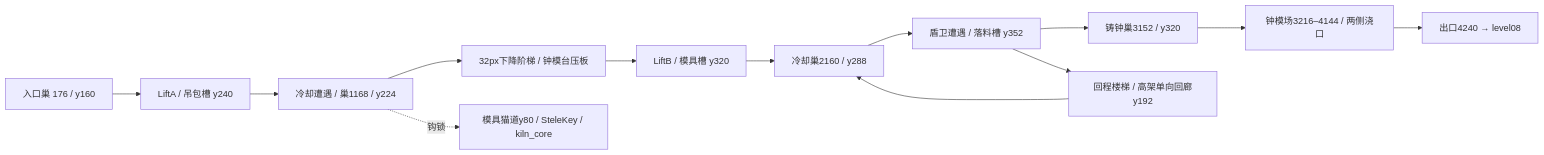
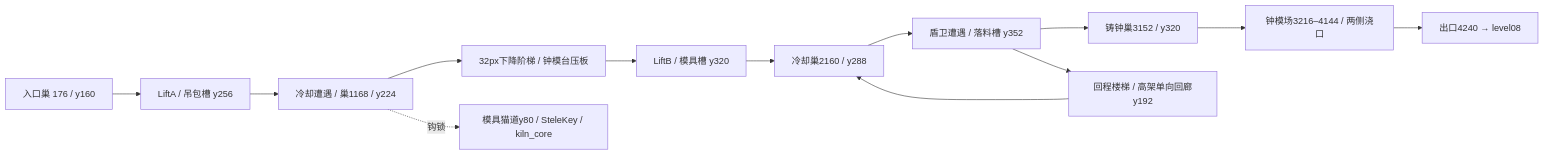
Before and after one commit to SSC-STUDIO/Rustgrave: the diagram in docs/level-redesign/level07b.md, drawn with Mermaid. The commit also changed other lines of this file and 6 other files, not shown here.

````diff
--- a/docs/level-redesign/level07b.md
+++ b/docs/level-redesign/level07b.md
@@ -5,15 +5,15 @@
 ```mermaid
 flowchart LR
-    A[入口巢 176 / y160] --> B[LiftA / 吊包槽 y240]
+    A[入口巢 176 / y160] --> B[LiftA / 吊包槽 y256]
     B --> C[冷却遭遇 / 巢1168 / y224]
     C --> D[32px下降阶梯 / 钟模台压板]
     D --> E[LiftB / 模具槽 y320]
     E --> F[冷却巢2160 / y288]
     F --> G[盾卫遭遇 / 落料槽 y352]
     G --> H[铸钟巢3152 / y320]
     H --> I[钟模场3216–4144 / 两侧浇口]
     I --> J[出口4240 → level08]
     C -. 钩锁 .-> K[模具猫道y80 / SteleKey / kiln_core]
     G --> L[回程楼梯 / 高架单向回廊y192]
     L --> F
 ```
````
